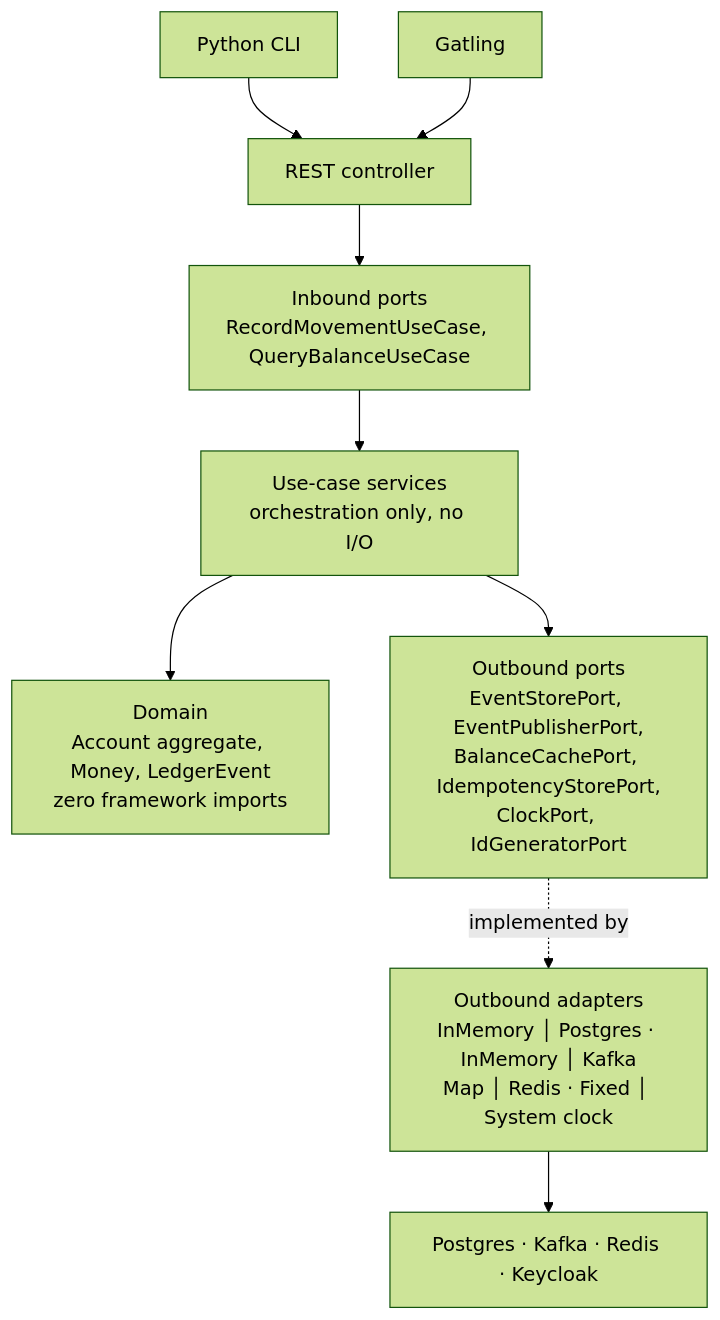
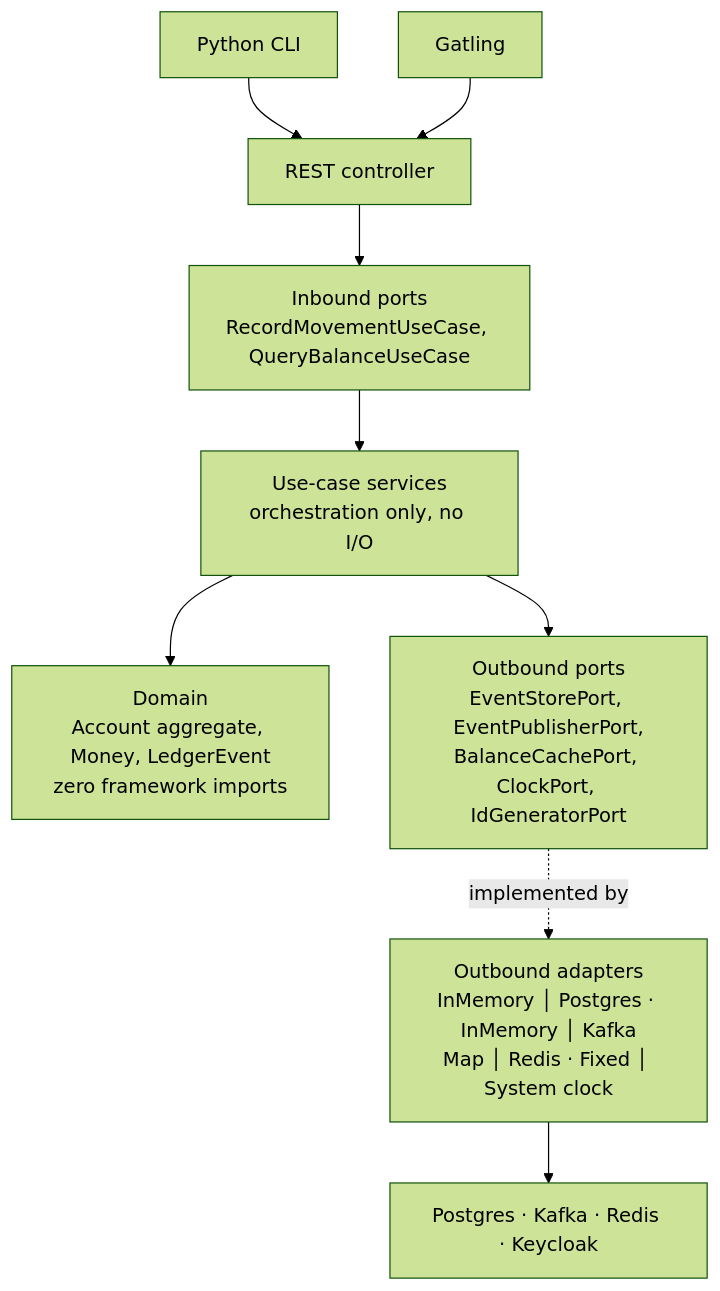
The diagram in docs/spec.md (ffroliva/tiny-ledger), drawn with Mermaid (forest theme) before and after one commit. The commit also changed other lines of this file, not shown here.

````diff
--- a/docs/spec.md
+++ b/docs/spec.md
@@ -259,14 +259,14 @@
 ```mermaid
 flowchart TB
   REST["REST controller"] --> IN
   CLI["Python CLI"] --> REST
   GAT["Gatling"] --> REST
   IN["Inbound ports<br/>RecordMovementUseCase, QueryBalanceUseCase"] --> UC
   UC["Use-case services<br/>orchestration only, no I/O"] --> DOM
   UC --> OUT
   DOM["Domain<br/>Account aggregate, Money, LedgerEvent<br/>zero framework imports"]
-  OUT["Outbound ports<br/>EventStorePort, EventPublisherPort,<br/>BalanceCachePort, IdempotencyStorePort,<br/>ClockPort, IdGeneratorPort"]
+  OUT["Outbound ports<br/>EventStorePort, EventPublisherPort,<br/>BalanceCachePort, ClockPort, IdGeneratorPort"]
   OUT -.implemented by.-> ADP
   ADP["Outbound adapters<br/>InMemory │ Postgres · InMemory │ Kafka<br/>Map │ Redis · Fixed │ System clock"]
   ADP --> INFRA["Postgres · Kafka · Redis · Keycloak"]
 ```
````
